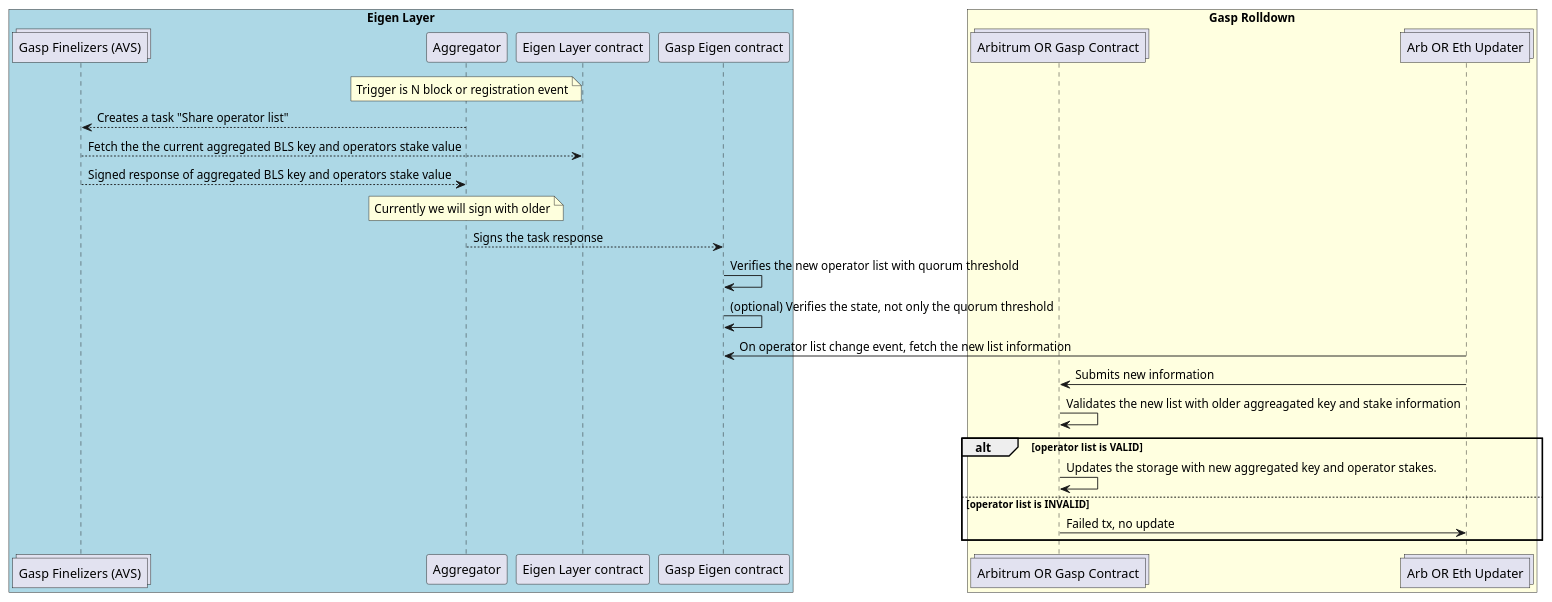
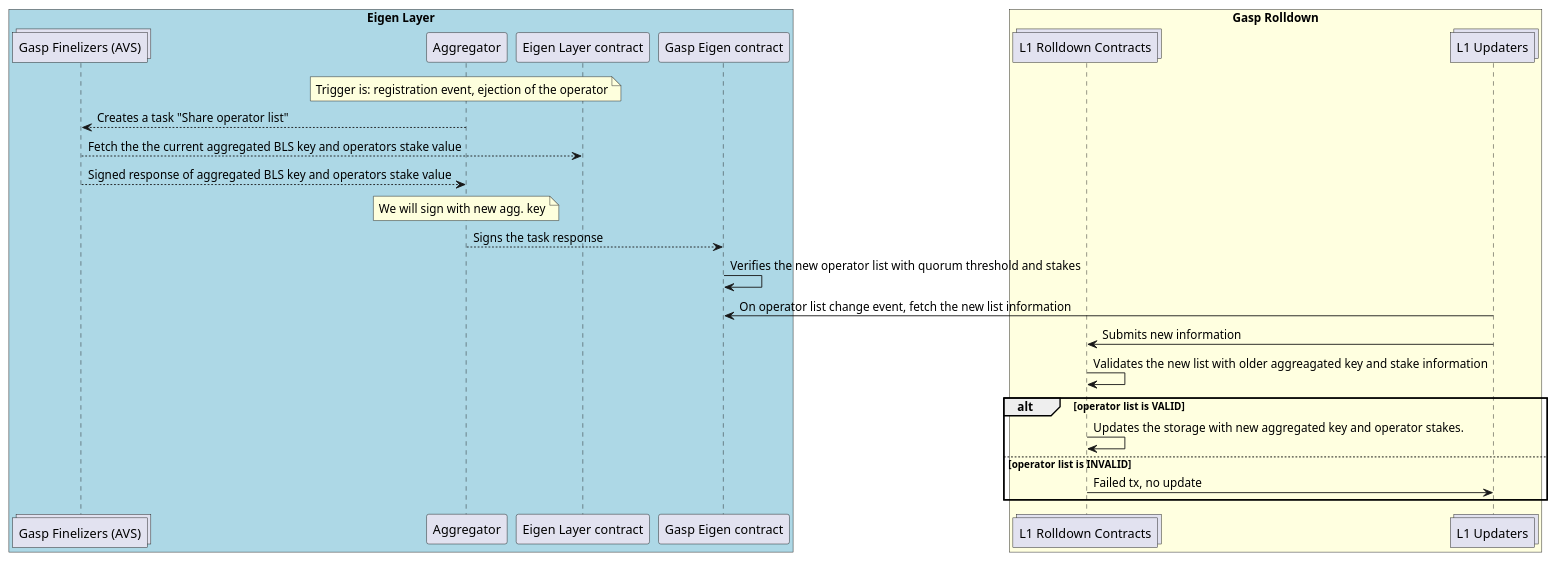
One commit to mangata-finance/diagrams changed the second of 5 diagrams in README.md. Above: the diagram before and after it, drawn with PlantUML. The commit also changed other lines of this file, not shown here.

Commit message:
Upade op. list diagram.

````diff
--- a/README.md
+++ b/README.md
@@ -178,39 +176,38 @@
 ```plantuml:operators-list-sharing
 
 @startuml
 
 box "Eigen Layer" #LightBlue
 collections       "Gasp Finelizers (AVS)"       as operator
 participant       "Aggregator"       as aggregator
 participant       "Eigen Layer contract"       as eigencontract
 participant       "Gasp Eigen contract"       as gaspeigencontract
 end box
 
 box "Gasp Rolldown" #LightYellow
-collections       "Arbitrum OR Gasp Contract"       as arbcontr
-collections       "Arb OR Eth Updater"       as updater
+collections       "L1 Rolldown Contracts"       as arbcontr
+collections       "L1 Updaters"       as updater
 end box
 
 note over aggregator
-  Trigger is N block or registration event
+  Trigger is: registration event, ejection of the operator
 end note
 aggregator --> operator: Creates a task "Share operator list" 
 operator --> eigencontract: Fetch the the current aggregated BLS key and operators stake value
 operator --> aggregator: Signed response of aggregated BLS key and operators stake value
 note over aggregator
-  Currently we will sign with older
+  We will sign with new agg. key
 end note
 aggregator --> gaspeigencontract: Signs the task response
-gaspeigencontract -> gaspeigencontract: Verifies the new operator list with quorum threshold
-gaspeigencontract -> gaspeigencontract: (optional) Verifies the state, not only the quorum threshold
+gaspeigencontract -> gaspeigencontract: Verifies the new operator list with quorum threshold and stakes
 updater -> gaspeigencontract: On operator list change event, fetch the new list information
 updater -> arbcontr: Submits new information 
 arbcontr -> arbcontr: Validates the new list with older aggreagated key and stake information
 alt operator list is VALID
   arbcontr -> arbcontr: Updates the storage with new aggregated key and operator stakes.
 else operator list is INVALID
   arbcontr -> updater: Failed tx, no update
 end
 
 @enduml
 ```
````
